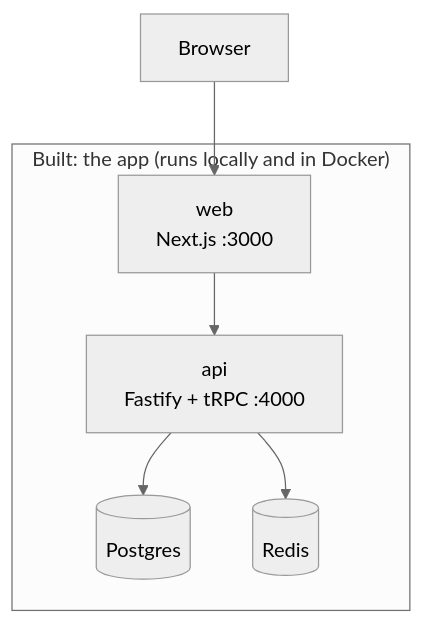
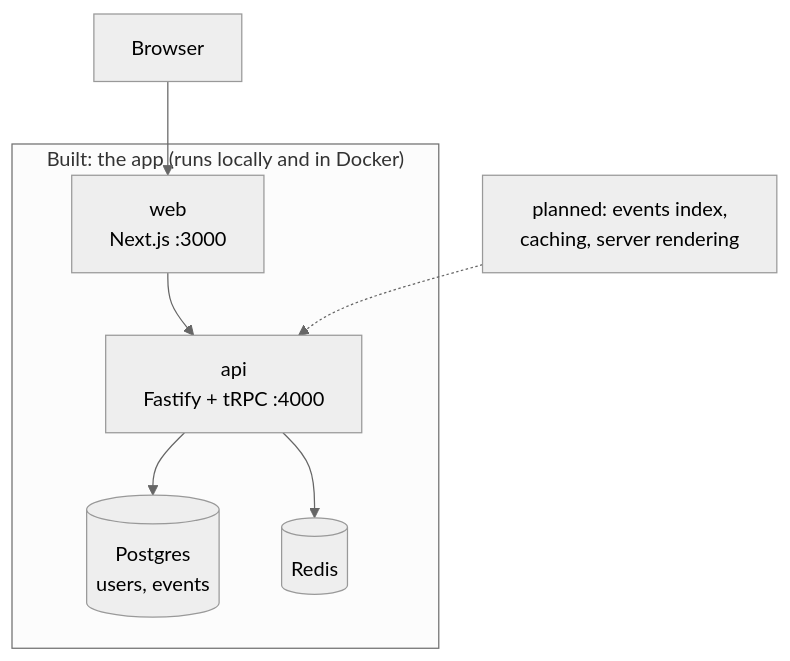
The first of 3 diagrams in docs/00-architecture.md (maheshnd/minitickets), drawn with Mermaid (neutral theme) before and after one commit. The commit also changed other lines of this file and 41 other files, not shown here.

Commit message:
feat(events): events list read path, no caching (baseline)

````diff
--- a/docs/00-architecture.md
+++ b/docs/00-architecture.md
@@ -14,14 +14,16 @@
 ```mermaid
 flowchart TB
     browser["Browser"]
     subgraph local["Built: the app (runs locally and in Docker)"]
         web["web<br/>Next.js :3000"]
         api["api<br/>Fastify + tRPC :4000"]
-        pg[("Postgres")]
+        pg[("Postgres<br/>users, events")]
         redis[("Redis")]
     end
+    planned["planned: events index,<br/>caching, server rendering"]
     browser --> web
     web --> api
     api --> pg
     api --> redis
+    planned -.-> api
 ```
````
